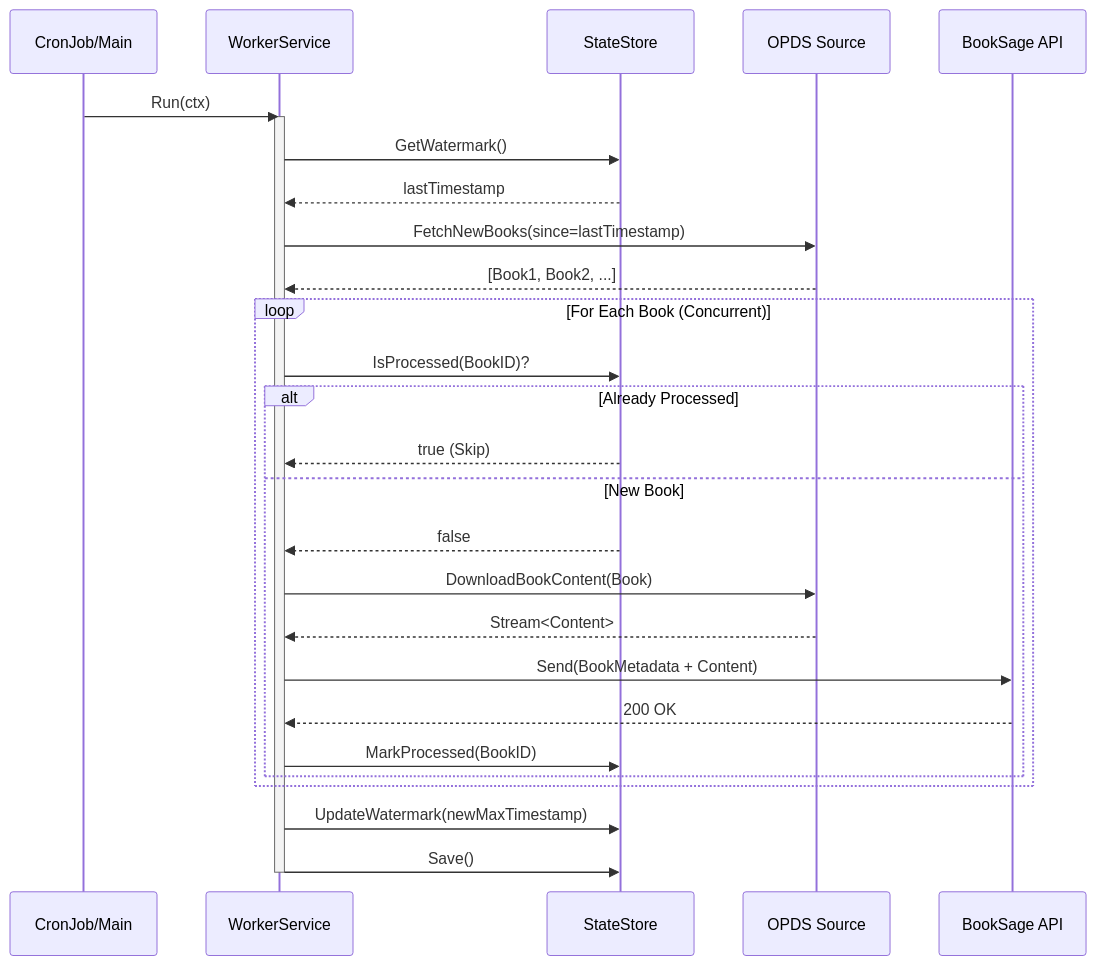
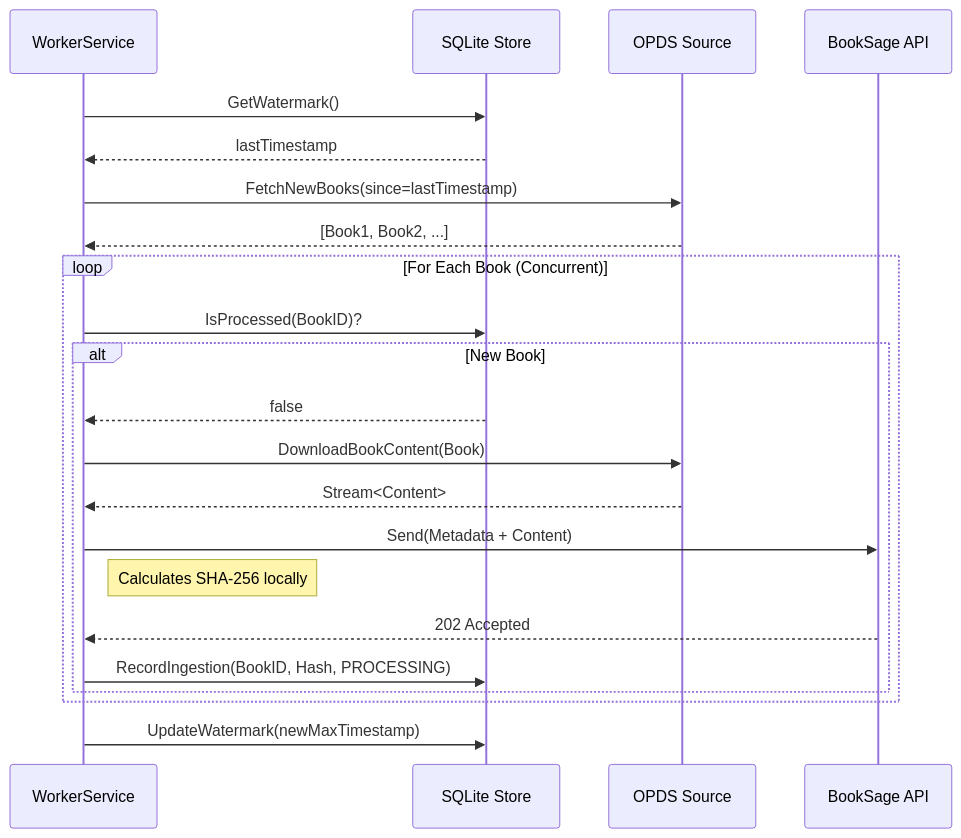
Before and after one commit to tamara1031/booksage: the fourth of 4 diagrams in bookscout/ARCHITECTURE.md, drawn with Mermaid. The commit also changed other lines of this file and 13 other files, not shown here.

Commit message:
feat: migrate state tracking from file-based to SQLite and add ingestion status synchronization

````diff
--- a/bookscout/ARCHITECTURE.md
+++ b/bookscout/ARCHITECTURE.md
@@ -102,39 +127,28 @@
 ```mermaid
 sequenceDiagram
-    participant C as CronJob/Main
     participant W as WorkerService
-    participant S as StateStore
+    participant S as SQLite Store
     participant O as OPDS Source
     participant B as BookSage API
-
-    C->>W: Run(ctx)
-    activate W
 
     W->>S: GetWatermark()
     S-->>W: lastTimestamp
 
     W->>O: FetchNewBooks(since=lastTimestamp)
     O-->>W: [Book1, Book2, ...]
 
     loop For Each Book (Concurrent)
         W->>S: IsProcessed(BookID)?
-        alt Already Processed
-            S-->>W: true (Skip)
-        else New Book
+        alt New Book
             S-->>W: false
-
             W->>O: DownloadBookContent(Book)
             O-->>W: Stream<Content>
-
-            W->>B: Send(BookMetadata + Content)
-            B-->>W: 200 OK
-
-            W->>S: MarkProcessed(BookID)
+            W->>B: Send(Metadata + Content)
+            Note right of W: Calculates SHA-256 locally
+            B-->>W: 202 Accepted
+            W->>S: RecordIngestion(BookID, Hash, PROCESSING)
         end
     end
 
     W->>S: UpdateWatermark(newMaxTimestamp)
-    W->>S: Save()
-
-    deactivate W
 ```
````
